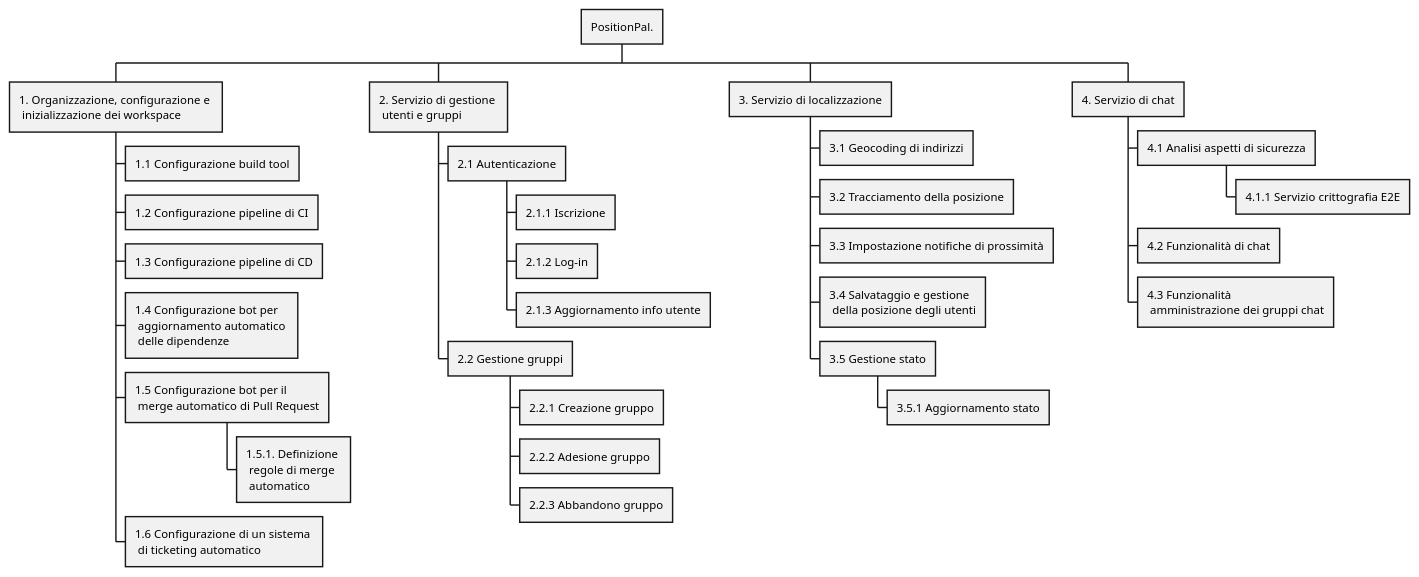
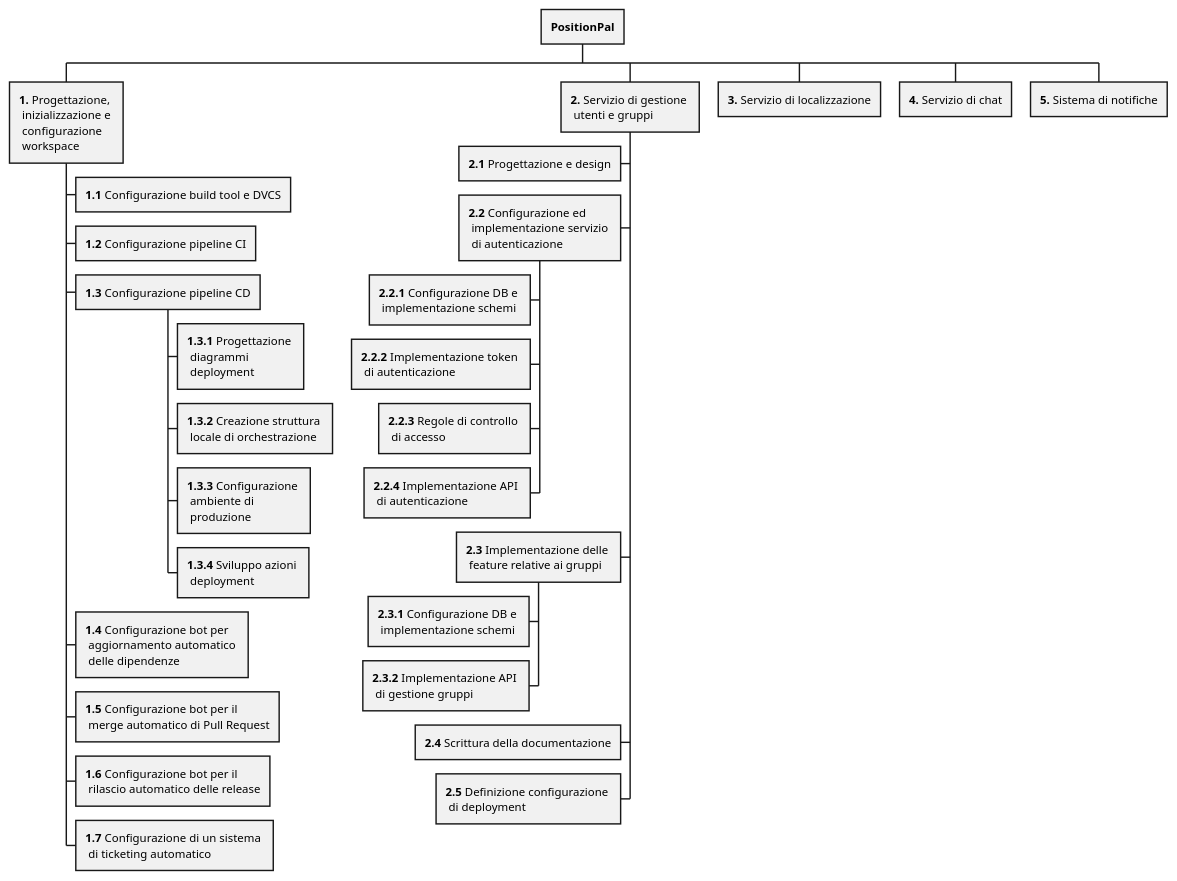
One commit to position-pal/PM-report changed the diagram in _attachments/2-rbs.md. Above: the diagram before and after it, drawn with PlantUML. The commit also changed other lines of this file, not shown here.

Commit message:
docs: add refined wbs from planning

````diff
--- a/_attachments/2-rbs.md
+++ b/_attachments/2-rbs.md
@@ -58,39 +21,38 @@
 ```plantuml
 @startwbs wbs
 
-+ PositionPal.
++ **PositionPal**
 
-++ 1. Organizzazione, configurazione e \n inizializzazione dei workspace
-+++ 1.1 Configurazione build tool
-+++ 1.2 Configurazione pipeline di CI
-+++ 1.3 Configurazione pipeline di CD
-+++ 1.4 Configurazione bot per \n aggiornamento automatico \n delle dipendenze
-+++ 1.5 Configurazione bot per il \n merge automatico di Pull Request
-++++ 1.5.1. Definizione \n regole di merge \n automatico
-+++ 1.6 Configurazione di un sistema \n di ticketing automatico
+++ **1.** Progettazione, \n inizializzazione e \n configurazione \n workspace
++++ **1.1** Configurazione build tool e DVCS
++++ **1.2** Configurazione pipeline CI
++++ **1.3** Configurazione pipeline CD
+++++ **1.3.1** Progettazione \n diagrammi \n deployment
+++++ **1.3.2** Creazione struttura \n locale di orchestrazione
+++++ **1.3.3** Configurazione \n ambiente di \n produzione
+++++ **1.3.4** Sviluppo azioni \n deployment
++++ **1.4** Configurazione bot per \n aggiornamento automatico \n delle dipendenze
++++ **1.5** Configurazione bot per il \n merge automatico di Pull Request
++++ **1.6** Configurazione bot per il \n rilascio automatico delle release
++++ **1.7** Configurazione di un sistema \n di ticketing automatico
 
-++ 2. Servizio di gestione \n utenti e gruppi
-+++ 2.1 Autenticazione
-++++ 2.1.1 Iscrizione
-++++ 2.1.2 Log-in
-++++ 2.1.3 Aggiornamento info utente
-+++ 2.2 Gestione gruppi
-++++ 2.2.1 Creazione gruppo
-++++ 2.2.2 Adesione gruppo
-++++ 2.2.3 Abbandono gruppo
+++ **2.** Servizio di gestione \n utenti e gruppi
+++- **2.1** Progettazione e design
+++- **2.2** Configurazione ed \n implementazione servizio \n di autenticazione
+++-- **2.2.1** Configurazione DB e \n implementazione schemi
+++-- **2.2.2** Implementazione token \n di autenticazione
+++-- **2.2.3** Regole di controllo \n di accesso
+++-- **2.2.4** Implementazione API \n di autenticazione
+++- **2.3** Implementazione delle \n feature relative ai gruppi
+++-- **2.3.1** Configurazione DB e \n implementazione schemi
+++-- **2.3.2** Implementazione API \n di gestione gruppi
+++- **2.4** Scrittura della documentazione
+++- **2.5** Definizione configurazione \n di deployment
 
-++ 3. Servizio di localizzazione
-+++ 3.1 Geocoding di indirizzi
-+++ 3.2 Tracciamento della posizione
-+++ 3.3 Impostazione notifiche di prossimità
-+++ 3.4 Salvataggio e gestione \n della posizione degli utenti
-+++ 3.5 Gestione stato
-++++ 3.5.1 Aggiornamento stato
+++ **3.** Servizio di localizzazione
 
-++ 4. Servizio di chat
-+++ 4.1 Analisi aspetti di sicurezza
-++++ 4.1.1 Servizio crittografia E2E
-+++ 4.2 Funzionalità di chat
-+++ 4.3 Funzionalità \n amministrazione dei gruppi chat
+++ **4.** Servizio di chat
+
+++ **5.** Sistema di notifiche
 @endwbs
 ```
````
